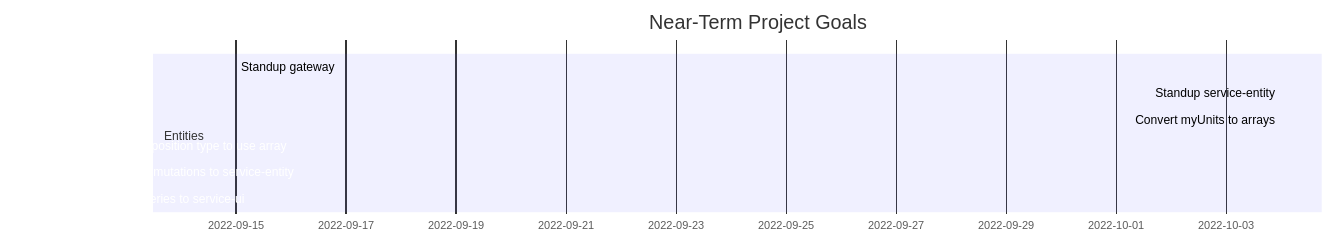
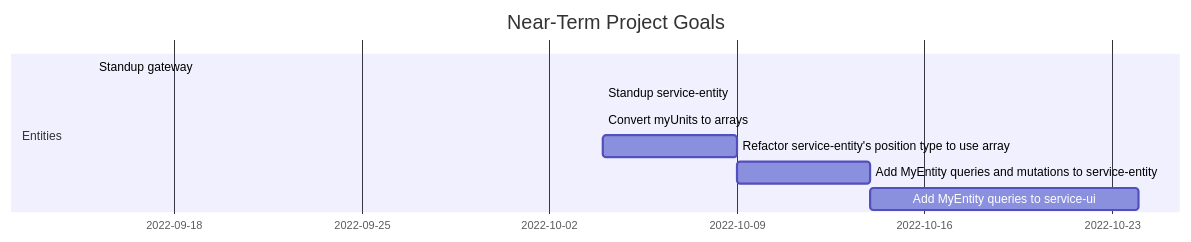
One commit to AndrewSamaha/schism-root changed the second of 2 diagrams in README.md. Above: the diagram before and after it, drawn with Mermaid.

Commit message:
fix: fixed gantt chart

````diff
--- a/README.md
+++ b/README.md
@@ -16,13 +16,13 @@
 ```mermaid
 gantt
 dateFormat  YYY-MM-DD
 title Near-Term Project Goals
 
 section Entities
 Standup gateway :done, des1, 2022-09-15, 2022-10-04
 Standup service-entity :done, des2, 2022-10-04, 2022-10-08
 Convert myUnits to arrays :done, des3, after des2, 2022-10-15
-Refactor service-entity's position type to use array : des5, after des4, 5d
-Add MyEntity queries and mutations to service-entity : des6, after des5, 5d
+Refactor service-entity's position type to use array : des4, after des3, 5d
+Add MyEntity queries and mutations to service-entity : des5, after des4, 5d
 Add MyEntity queries to service-ui : des6, after des5, 10d
 ```
````
